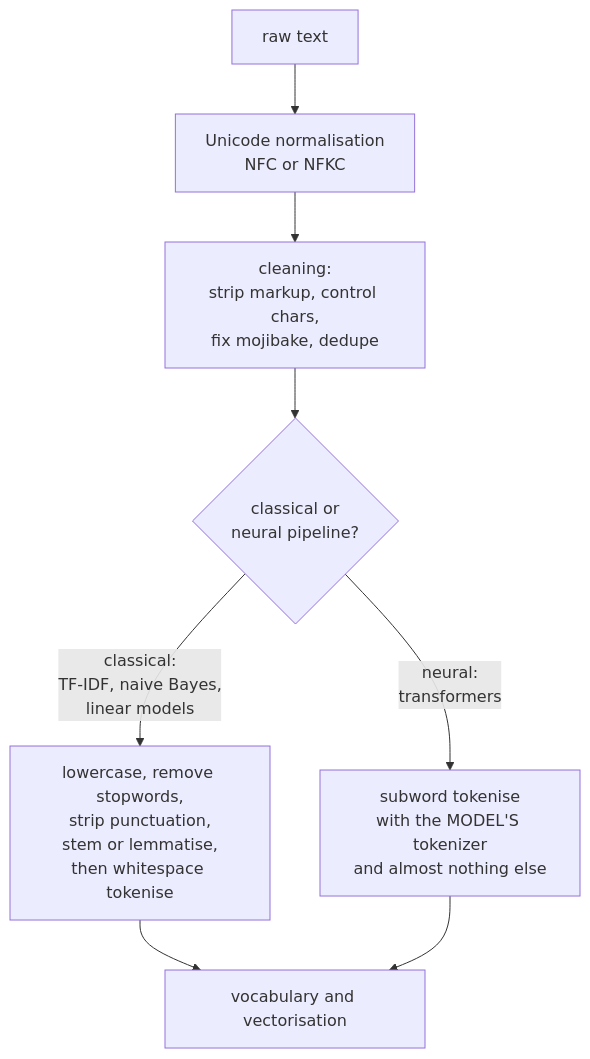
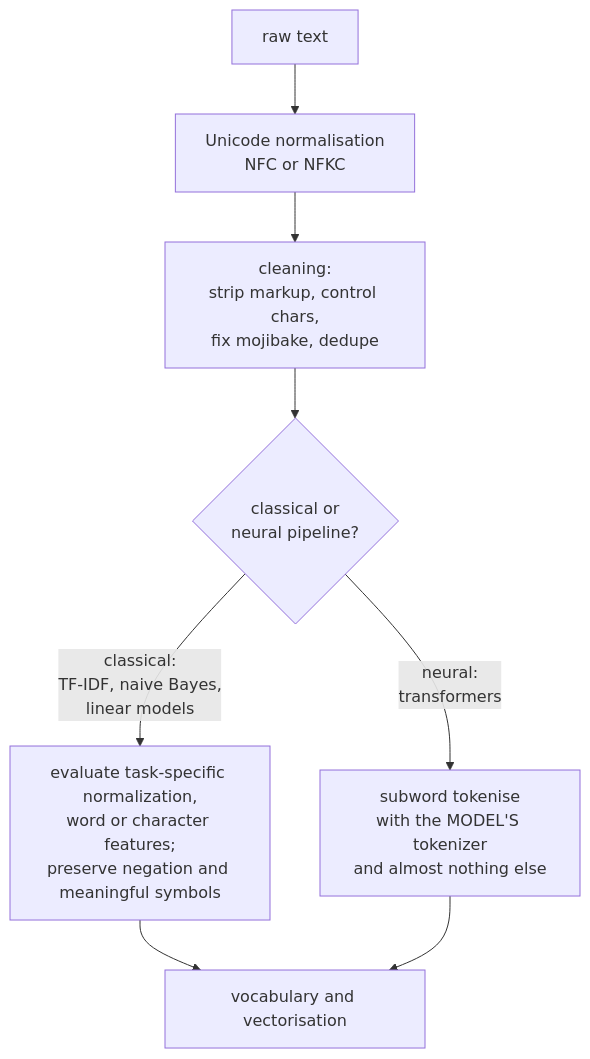
The diagram in content/notes/nlp/text-preprocessing.md (alliedbrother/ml-interview-notes), drawn with Mermaid before and after one commit. The commit also changed other lines of this file and 217 other files, not shown here.

````diff
--- a/content/notes/nlp/text-preprocessing.md
+++ b/content/notes/nlp/text-preprocessing.md
@@ -17,10 +17,10 @@
 ```mermaid
 flowchart TD
     R["raw text"] --> U["Unicode normalisation<br/>NFC or NFKC"]
     U --> C["cleaning:<br/>strip markup, control chars,<br/>fix mojibake, dedupe"]
     C --> D{"classical or<br/>neural pipeline?"}
-    D -->|"classical:<br/>TF-IDF, naive Bayes,<br/>linear models"| CL["lowercase, remove stopwords,<br/>strip punctuation,<br/>stem or lemmatise,<br/>then whitespace tokenise"]
+    D -->|"classical:<br/>TF-IDF, naive Bayes,<br/>linear models"| CL["evaluate task-specific normalization,<br/>word or character features;<br/>preserve negation and meaningful symbols"]
     D -->|"neural:<br/>transformers"| NE["subword tokenise<br/>with the MODEL'S tokenizer<br/>and almost nothing else"]
     CL --> V["vocabulary and vectorisation"]
     NE --> V
 ```
````
